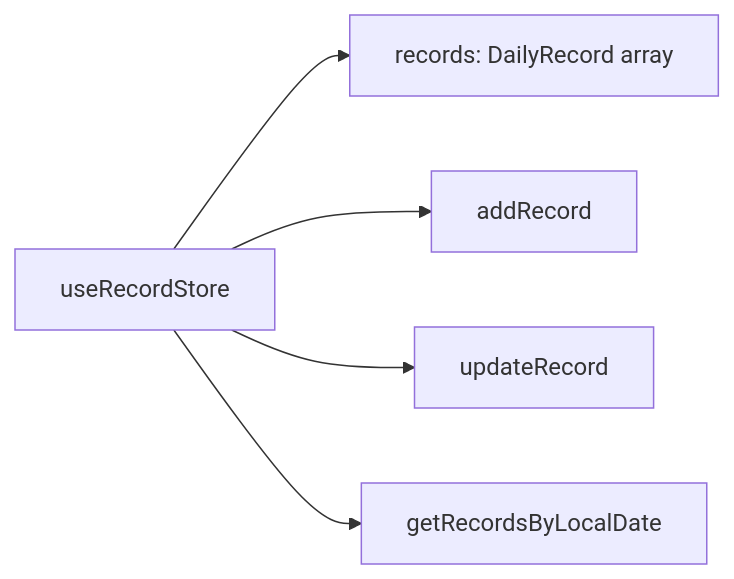
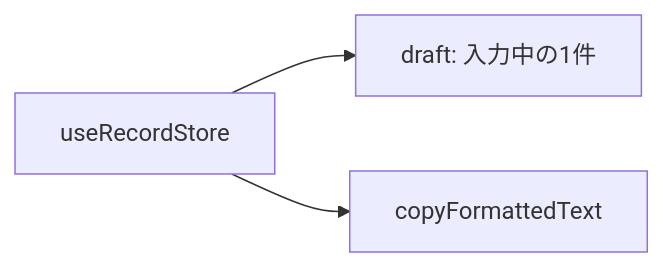
The fourth of 4 diagrams in docs/design.md (HaraRyonosuke/condition-tracker), drawn with Mermaid before and after one commit. The commit also changed other lines of this file and 2 other files, not shown here.

````diff
--- a/docs/design.md
+++ b/docs/design.md
@@ -168,7 +164,5 @@
 ```mermaid
 graph LR
-    Store[useRecordStore] --> A[records: DailyRecord array]
-    Store --> B[addRecord]
-    Store --> C[updateRecord]
-    Store --> D[getRecordsByLocalDate]
+    Store[useRecordStore] --> A[draft: 入力中の1件]
+    Store --> B[copyFormattedText]
 ```
````
